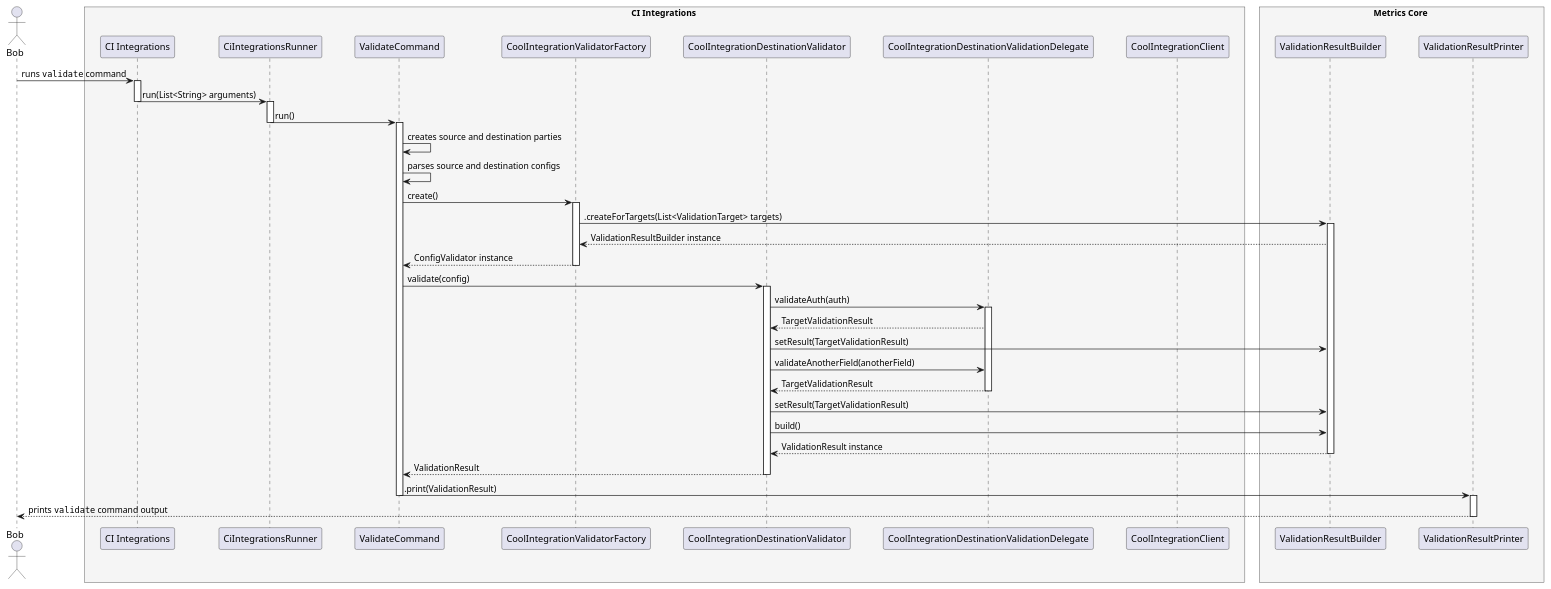
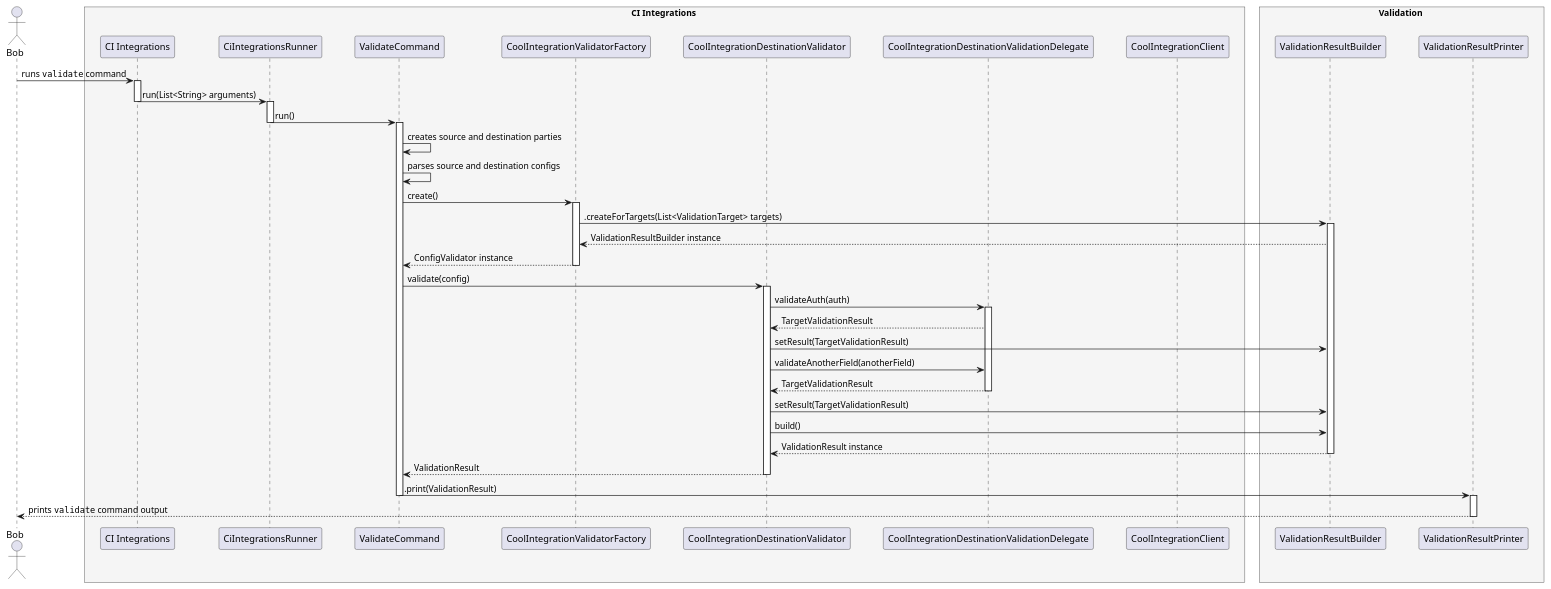
One commit to Flank/flank-dashboard changed the diagram in metrics/cli/docs/features/doctor_output_improvements/diagrams/ci_integrations_validator_sequence_diagram.puml. Above: the diagram before and after it, drawn with PlantUML. The commit also changed 7 other files, not shown here.

Commit message:
Remove validation from metrics core

```diff
--- a/metrics/cli/docs/features/doctor_output_improvements/diagrams/ci_integrations_validator_sequence_diagram.puml
+++ b/metrics/cli/docs/features/doctor_output_improvements/diagrams/ci_integrations_validator_sequence_diagram.puml
@@ -1,82 +1,82 @@
 @startuml config_validator_sequence_diagram
 
 skinparam ParticipantPadding 20
 skinparam BoxPadding 10
 
 actor Bob
 
 box CI Integrations #whiteSmoke
 
 participant "CI Integrations"
 participant CiIntegrationsRunner
 participant ValidateCommand
 participant CoolIntegrationValidatorFactory
 participant CoolIntegrationDestinationValidator
 participant CoolIntegrationDestinationValidationDelegate
 participant CoolIntegrationClient
 
 end box
 
-box Metrics Core #whiteSmoke
+box Validation #whiteSmoke
 
 participant ValidationResultBuilder
 participant ValidationResultPrinter
 
 end box
 
 Bob -> "CI Integrations" : runs ""validate"" command
 activate "CI Integrations"
 
 "CI Integrations" -> CiIntegrationsRunner: run(List<String> arguments)
 deactivate "CI Integrations"
 activate CiIntegrationsRunner
 
 CiIntegrationsRunner -> ValidateCommand: run()
 deactivate CiIntegrationsRunner
 activate ValidateCommand
 
 ValidateCommand -> ValidateCommand : creates source and destination parties
 ValidateCommand -> ValidateCommand : parses source and destination configs
 
 ValidateCommand -> CoolIntegrationValidatorFactory : create()
 activate CoolIntegrationValidatorFactory
 
 CoolIntegrationValidatorFactory -> ValidationResultBuilder : .createForTargets(List<ValidationTarget> targets)
 activate ValidationResultBuilder
 
 ValidationResultBuilder --> CoolIntegrationValidatorFactory : ValidationResultBuilder instance
 
 CoolIntegrationValidatorFactory --> ValidateCommand : ConfigValidator instance
 deactivate CoolIntegrationValidatorFactory
 
 ValidateCommand -> CoolIntegrationDestinationValidator : validate(config)
 activate CoolIntegrationDestinationValidator
 
 CoolIntegrationDestinationValidator -> CoolIntegrationDestinationValidationDelegate : validateAuth(auth)
 activate CoolIntegrationDestinationValidationDelegate
 
 CoolIntegrationDestinationValidationDelegate --> CoolIntegrationDestinationValidator : TargetValidationResult
 CoolIntegrationDestinationValidator -> ValidationResultBuilder : setResult(TargetValidationResult)
 
 CoolIntegrationDestinationValidator -> CoolIntegrationDestinationValidationDelegate : validateAnotherField(anotherField)
 deactivate CoolIntegrationClient
 
 CoolIntegrationDestinationValidationDelegate --> CoolIntegrationDestinationValidator : TargetValidationResult
 deactivate CoolIntegrationDestinationValidationDelegate
 
 CoolIntegrationDestinationValidator -> ValidationResultBuilder : setResult(TargetValidationResult)
 CoolIntegrationDestinationValidator -> ValidationResultBuilder : build()
 ValidationResultBuilder --> CoolIntegrationDestinationValidator : ValidationResult instance
 deactivate ValidationResultBuilder
 
 CoolIntegrationDestinationValidator --> ValidateCommand : ValidationResult
 deactivate CoolIntegrationDestinationValidator
 
 ValidateCommand -> ValidationResultPrinter : .print(ValidationResult)
 deactivate ValidateCommand
 activate ValidationResultPrinter
 
 ValidationResultPrinter --> Bob : prints ""validate"" command output
 deactivate ValidationResultPrinter
 
 @enduml
```
